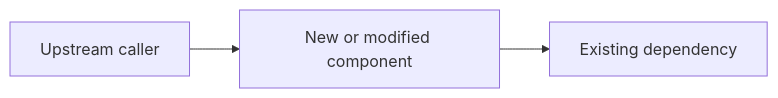
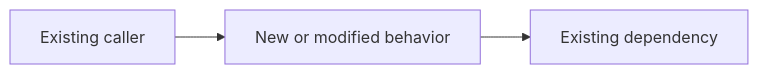
The diagram in assets/implementation-plan-template.md (hcy1223/nick-engineering), drawn with Mermaid before and after one commit. The commit also changed other lines of this file and 6 other files, not shown here.

````diff
--- a/assets/implementation-plan-template.md
+++ b/assets/implementation-plan-template.md
@@ -76,5 +65,5 @@
 ```mermaid
 flowchart LR
-    Caller[Upstream caller] --> Changed[New or modified component]
-    Changed --> Existing[Existing dependency]
+    Caller[Existing caller] --> Changed[New or modified behavior]
+    Changed --> Dependency[Existing dependency]
 ```
````
